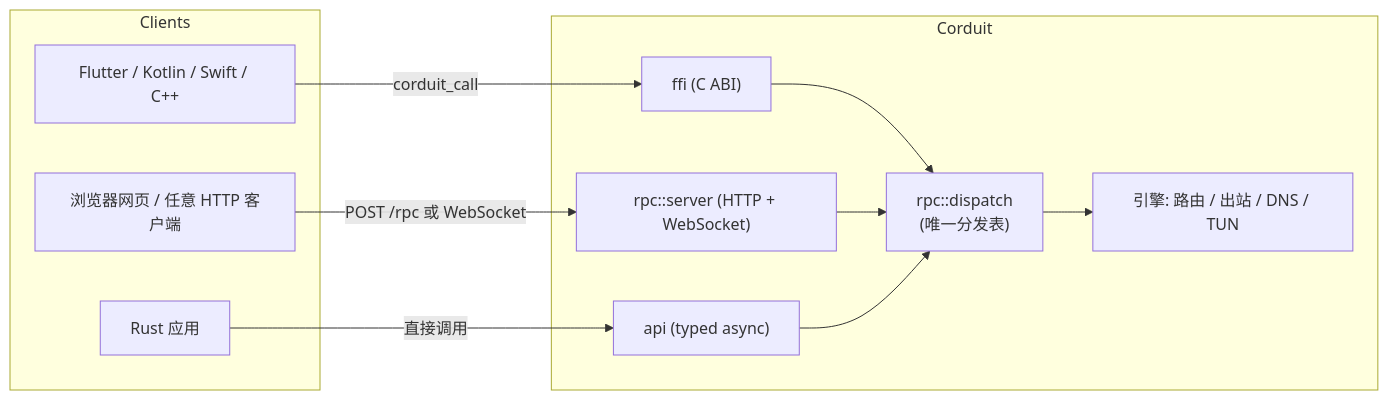
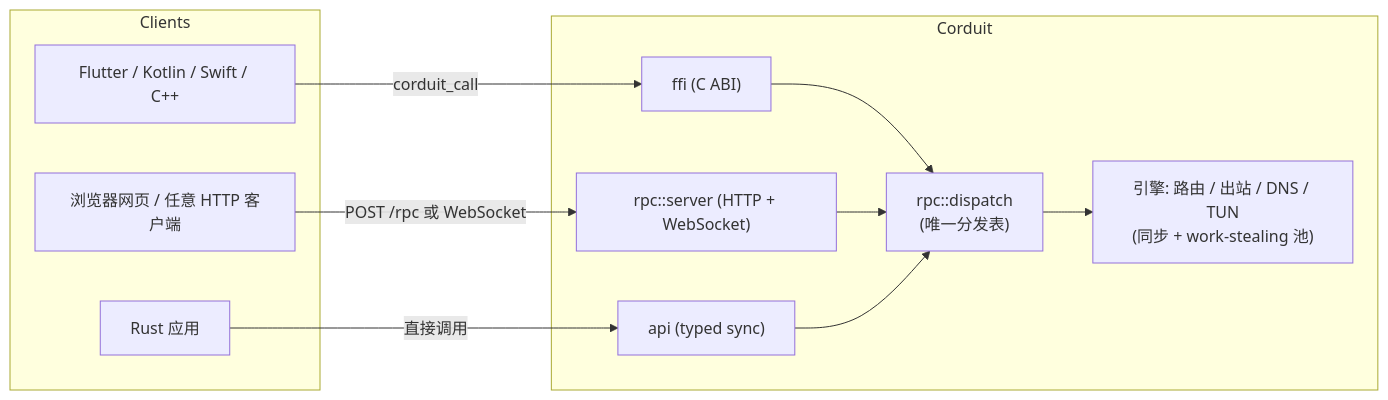
Before and after one commit to blueokanna/Corduit: the diagram in wiki/Home.md, drawn with Mermaid. The commit also changed other lines of this file and 19 other files, not shown here.

Commit message:
Fix relay lock-ordering deadlock, add end-to-end SOCKS5 integration tests, rewrite docs for the synchronous architecture

````diff
--- a/wiki/Home.md
+++ b/wiki/Home.md
@@ -15,22 +15,22 @@
 ```mermaid
 flowchart LR
     subgraph Clients
         A["Flutter / Kotlin / Swift / C++"]
         B["浏览器网页 / 任意 HTTP 客户端"]
         C["Rust 应用"]
     end
     subgraph Corduit
         D["ffi (C ABI)"]
         E["rpc::server (HTTP + WebSocket)"]
-        F["api (typed async)"]
+        F["api (typed sync)"]
         G["rpc::dispatch<br/>(唯一分发表)"]
-        H["引擎: 路由 / 出站 / DNS / TUN"]
+        H["引擎: 路由 / 出站 / DNS / TUN<br/>(同步 + work-stealing 池)"]
     end
     A -->|corduit_call| D
     B -->|POST /rpc 或 WebSocket| E
     C -->|直接调用| F
     D --> G
     E --> G
     F --> G
     G --> H
 ```
````
